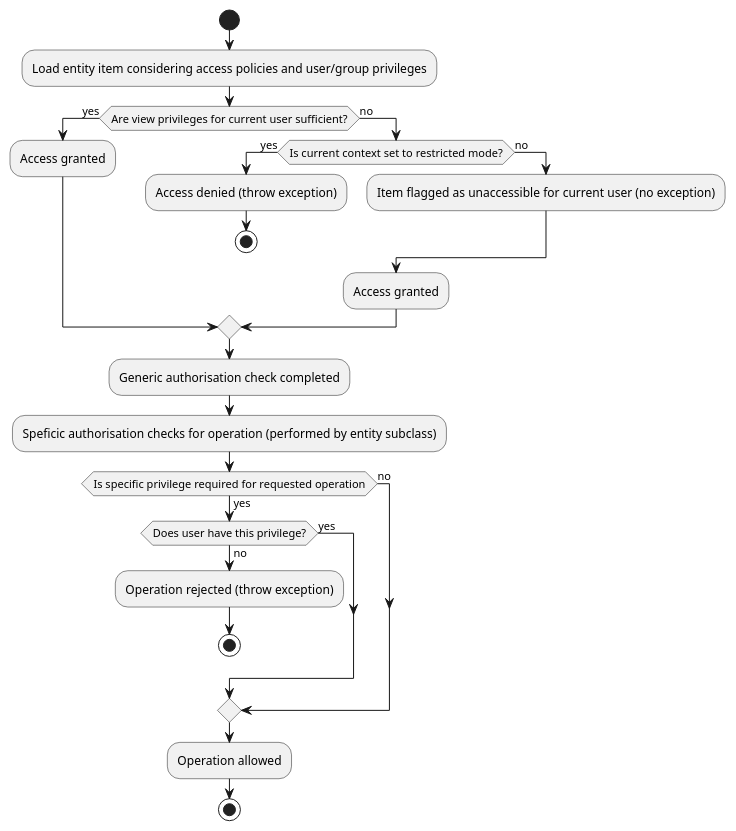
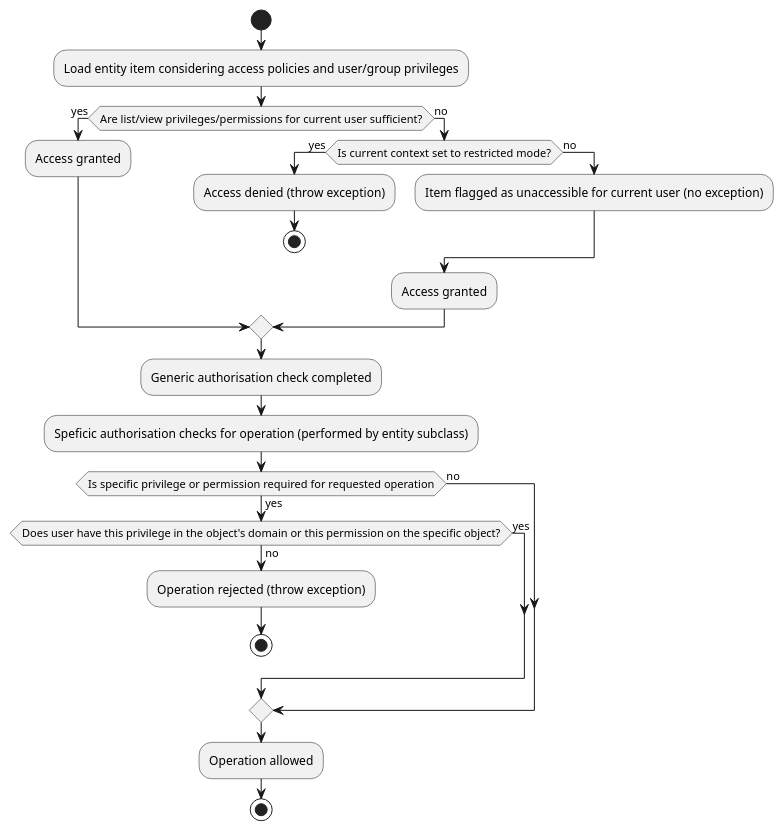
Before and after one commit to urban-tep/DDF-SDD: the second of 2 diagrams in source/groups/group___authorisation.rst, drawn with PlantUML. The commit also changed other lines of this file and 27 other files, not shown here.

```diff
--- a/source/groups/group___authorisation.rst
+++ b/source/groups/group___authorisation.rst
@@ -42,31 +88,31 @@
 .. uml::
 	:caption: Authorisation mechanism Activity Diagram
 	:align: center
 
 
 	
 	start
 	:Load entity item considering access policies and user/group privileges;
-	if (Are view privileges for current user sufficient?) then (yes)
+	if (Are list/view privileges/permissions for current user sufficient?) then (yes)
 	    :Access granted;
 	else (no)
 	    if (Is current context set to restricted mode?) then (yes)
 	        :Access denied (throw exception);
 	        stop
 	    else (no)
 	        :Item flagged as unaccessible for current user (no exception);
 	    endif
 	    :Access granted;
 	endif
 	:Generic authorisation check completed;
 	:Speficic authorisation checks for operation (performed by entity subclass);
-	if (Is specific privilege required for requested operation) then (yes)
-	    if (Does user have this privilege?) then (no)
+	if (Is specific privilege or permission required for requested operation) then (yes)
+	    if (Does user have this privilege in the object's domain or this permission on the specific object?) then (no)
 	        :Operation rejected (throw exception);
 	        stop
 	    else (yes)
 	    endif
 	else (no)
 	endif
 	:Operation allowed;
 	stop
```
